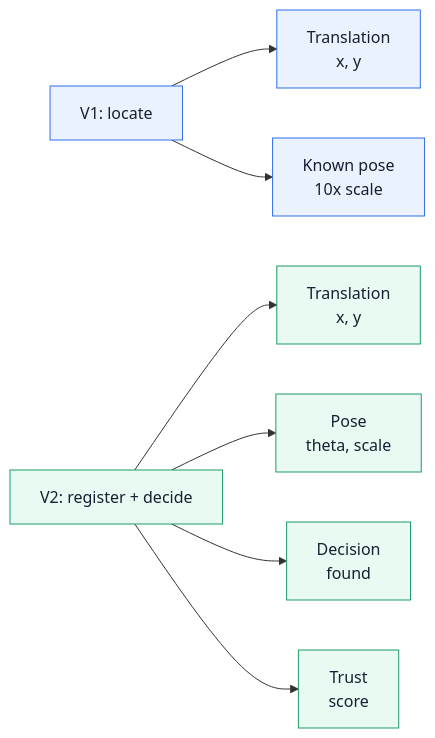
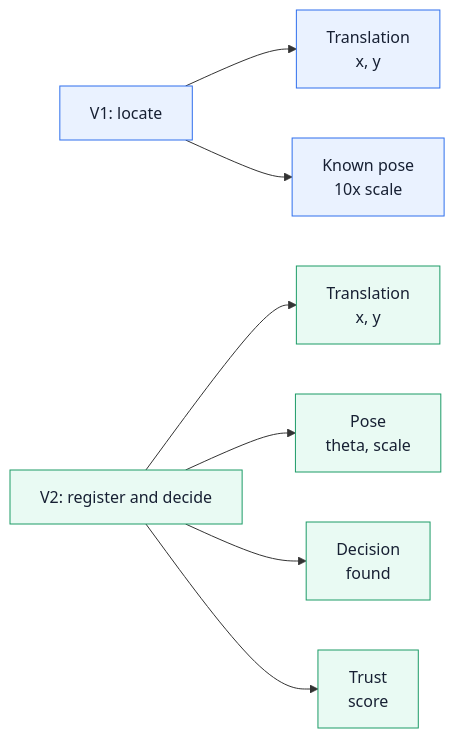
Before and after one commit to RHUDHRESH/LatticeRank-SEMICON-2026: the first of 12 diagrams in docs/V1_VS_V2.md, drawn with Mermaid. The commit also changed other lines of this file and 35 other files, not shown here.

````diff
--- a/docs/V1_VS_V2.md
+++ b/docs/V1_VS_V2.md
@@ -42,15 +52,15 @@
 ```mermaid
 flowchart LR
     V1["V1: locate"] --> T["Translation<br/>x, y"]
     V1 --> K["Known pose<br/>10x scale"]
 
-    V2["V2: register + decide"] --> T2["Translation<br/>x, y"]
+    V2["V2: register and decide"] --> T2["Translation<br/>x, y"]
     V2 --> P2["Pose<br/>theta, scale"]
     V2 --> D2["Decision<br/>found"]
     V2 --> C2["Trust<br/>score"]
 
     classDef old fill:#eaf2ff,stroke:#2f6fed,color:#172033
     classDef new fill:#e9faf3,stroke:#1c9b67,color:#172033
     class V1,T,K old
     class V2,T2,P2,D2,C2 new
 ```
````
